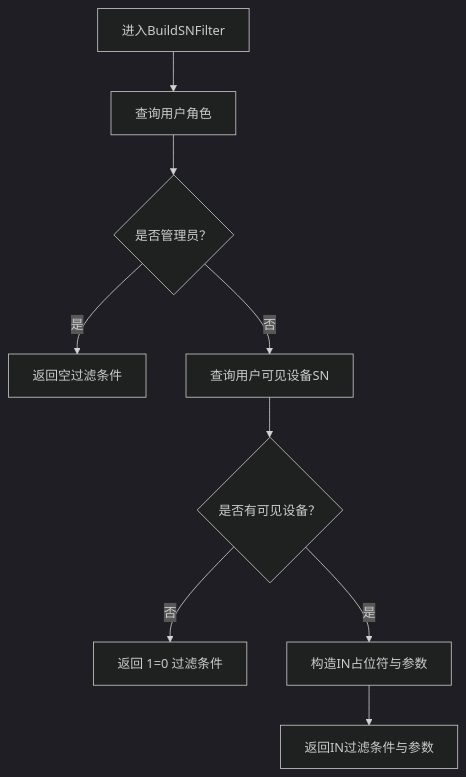
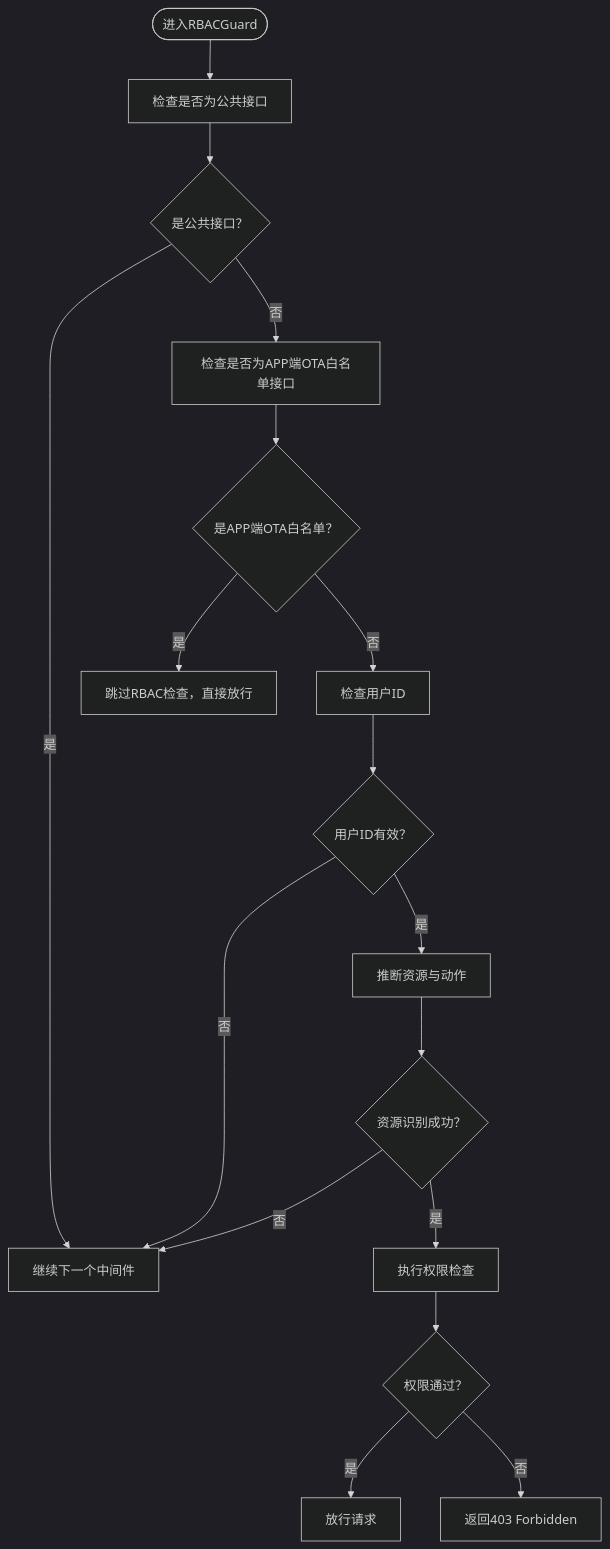
One commit to mcmrzy/cs_inv_monitor-develop changed the fifth of 8 diagrams in .qoder/repowiki/zh/content/API网关服务/RBAC权限控制.md. Above: the diagram before and after it, drawn with Mermaid (dark theme). The commit also changed other lines of this file and 88 other files, not shown here.

````diff
--- a/.qoder/repowiki/zh/content/API网关服务/RBAC权限控制.md
+++ b/.qoder/repowiki/zh/content/API网关服务/RBAC权限控制.md
@@ -264,11 +243,19 @@
 ```mermaid
 flowchart TD
-DPStart["进入BuildSNFilter"] --> GetUserRole["查询用户角色"]
-GetUserRole --> IsAdmin{"是否管理员？"}
-IsAdmin --> |是| ReturnEmpty["返回空过滤条件"]
-IsAdmin --> |否| GetAllowedSNs["查询用户可见设备SN"]
-GetAllowedSNs --> HasSNs{"是否有可见设备？"}
-HasSNs --> |否| ReturnFalse["返回 1=0 过滤条件"]
-HasSNs --> |是| BuildIN["构造IN占位符与参数"]
-BuildIN --> ReturnIN["返回IN过滤条件与参数"]
+Start(["进入RBACGuard"]) --> CheckPublic["检查是否为公共接口"]
+CheckPublic --> PublicOK{"是公共接口？"}
+PublicOK --> |是| Next["继续下一个中间件"]
+PublicOK --> |否| CheckAppAllowed["检查是否为APP端OTA白名单接口"]
+CheckAppAllowed --> IsAppAllowed{"是APP端OTA白名单？"}
+IsAppAllowed --> |是| SkipRBAC["跳过RBAC检查，直接放行"]
+IsAppAllowed --> |否| CheckUserID["检查用户ID"]
+CheckUserID --> UserIDOK{"用户ID有效？"}
+UserIDOK --> |否| Next
+UserIDOK --> |是| CheckResource["推断资源与动作"]
+CheckResource --> ResourceOK{"资源识别成功？"}
+ResourceOK --> |否| Next
+ResourceOK --> |是| CheckPermission["执行权限检查"]
+CheckPermission --> PermissionOK{"权限通过？"}
+PermissionOK --> |是| Allow["放行请求"]
+PermissionOK --> |否| Deny["返回403 Forbidden"]
 ```
````
